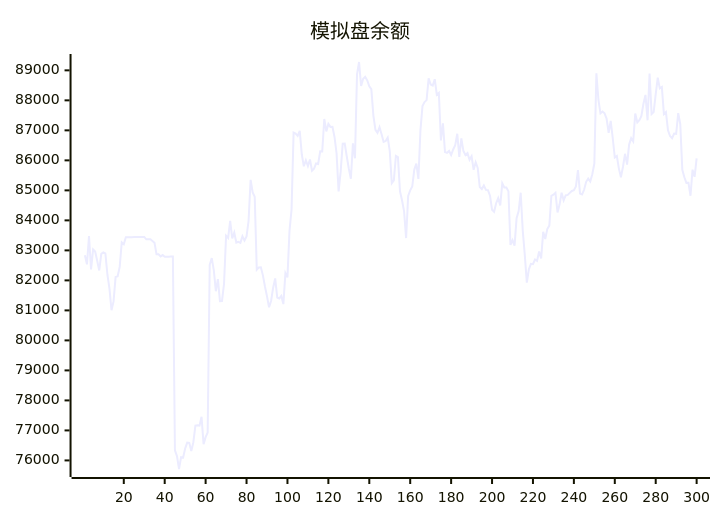
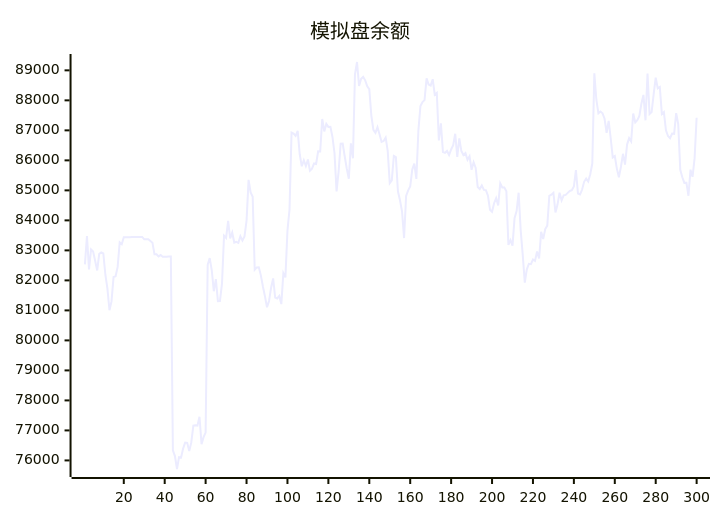
Before and after one commit to aahl/ai-trading: the diagram in README.md, drawn with Mermaid. The commit also changed other lines of this file and 1 other file, not shown here.

````diff
--- a/README.md
+++ b/README.md
@@ -5,5 +5,5 @@
 ```mermaid
 xychart
     title "模拟盘余额"
-    line [82837,82533,83480,82366,83032,82960,82654,82330,82883,82934,82901,82188,81728,81005,81298,82110,82135,82449,83264,83203,83440,83439,83440,83440,83446,83447,83448,83447,83448,83449,83369,83369,83369,83313,83256,82872,82873,82801,82844,82785,82791,82791,82793,82794,76339,76145,75714,76110,76096,76397,76594,76585,76310,76607,77160,77170,77160,77456,76541,76774,76927,82520,82744,82337,81639,82040,81307,81314,81887,83490,83414,83984,83396,83594,83261,83287,83253,83470,83327,83465,83987,85348,84930,84786,82355,82433,82438,82167,81795,81466,81105,81315,81756,82064,81426,81398,81481,81210,82242,82099,83658,84359,86925,86892,86814,86980,86203,85802,86003,85811,86028,85657,85721,85896,85880,86300,86299,87378,86965,87214,87115,87118,86780,86238,84966,85623,86555,86562,86129,85722,85387,86569,86070,88870,89278,88477,88720,88781,88668,88467,88372,87493,87018,86917,87102,86870,86613,86644,86758,86317,85242,85334,86149,86106,84968,84671,84302,83410,84816,85001,85127,85693,85891,85384,87001,87811,87945,88007,88734,88528,88495,88705,88189,88248,86662,87234,86279,86251,86314,86177,86364,86503,86886,86114,86731,86310,86176,86240,86017,86136,85685,85938,85749,85111,85044,85164,85016,85008,84824,84354,84287,84572,84745,84500,85234,85096,85095,84970,83180,83338,83157,84070,84309,84922,83667,82850,81924,82369,82552,82539,82695,82648,82962,82728,83619,83378,83710,83825,84819,84854,84917,84265,84527,84919,84668,84834,84850,84916,84981,85004,85131,85674,84891,84864,85019,85284,85393,85294,85538,85894,88904,88012,87567,87625,87568,87386,86920,87313,86737,86094,86143,85725,85437,85787,86219,85859,86526,86740,86630,87563,87264,87335,87483,87886,88180,87335,88894,87544,87608,88207,88755,88401,88444,87543,87608,87000,86810,86740,86894,86884,87576,87209,85686,85435,85251,85255,84820,85689,85453,86066]
+    line [82533,83480,82366,83032,82960,82654,82330,82883,82934,82901,82188,81728,81005,81298,82110,82135,82449,83264,83203,83440,83439,83440,83440,83446,83447,83448,83447,83448,83449,83369,83369,83369,83313,83256,82872,82873,82801,82844,82785,82791,82791,82793,82794,76339,76145,75714,76110,76096,76397,76594,76585,76310,76607,77160,77170,77160,77456,76541,76774,76927,82520,82744,82337,81639,82040,81307,81314,81887,83490,83414,83984,83396,83594,83261,83287,83253,83470,83327,83465,83987,85348,84930,84786,82355,82433,82438,82167,81795,81466,81105,81315,81756,82064,81426,81398,81481,81210,82242,82099,83658,84359,86925,86892,86814,86980,86203,85802,86003,85811,86028,85657,85721,85896,85880,86300,86299,87378,86965,87214,87115,87118,86780,86238,84966,85623,86555,86562,86129,85722,85387,86569,86070,88870,89278,88477,88720,88781,88668,88467,88372,87493,87018,86917,87102,86870,86613,86644,86758,86317,85242,85334,86149,86106,84968,84671,84302,83410,84816,85001,85127,85693,85891,85384,87001,87811,87945,88007,88734,88528,88495,88705,88189,88248,86662,87234,86279,86251,86314,86177,86364,86503,86886,86114,86731,86310,86176,86240,86017,86136,85685,85938,85749,85111,85044,85164,85016,85008,84824,84354,84287,84572,84745,84500,85234,85096,85095,84970,83180,83338,83157,84070,84309,84922,83667,82850,81924,82369,82552,82539,82695,82648,82962,82728,83619,83378,83710,83825,84819,84854,84917,84265,84527,84919,84668,84834,84850,84916,84981,85004,85131,85674,84891,84864,85019,85284,85393,85294,85538,85894,88904,88012,87567,87625,87568,87386,86920,87313,86737,86094,86143,85725,85437,85787,86219,85859,86526,86740,86630,87563,87264,87335,87483,87886,88180,87335,88894,87544,87608,88207,88755,88401,88444,87543,87608,87000,86810,86740,86894,86884,87576,87209,85686,85435,85251,85255,84820,85689,85453,86066,87420]
 ```
````
